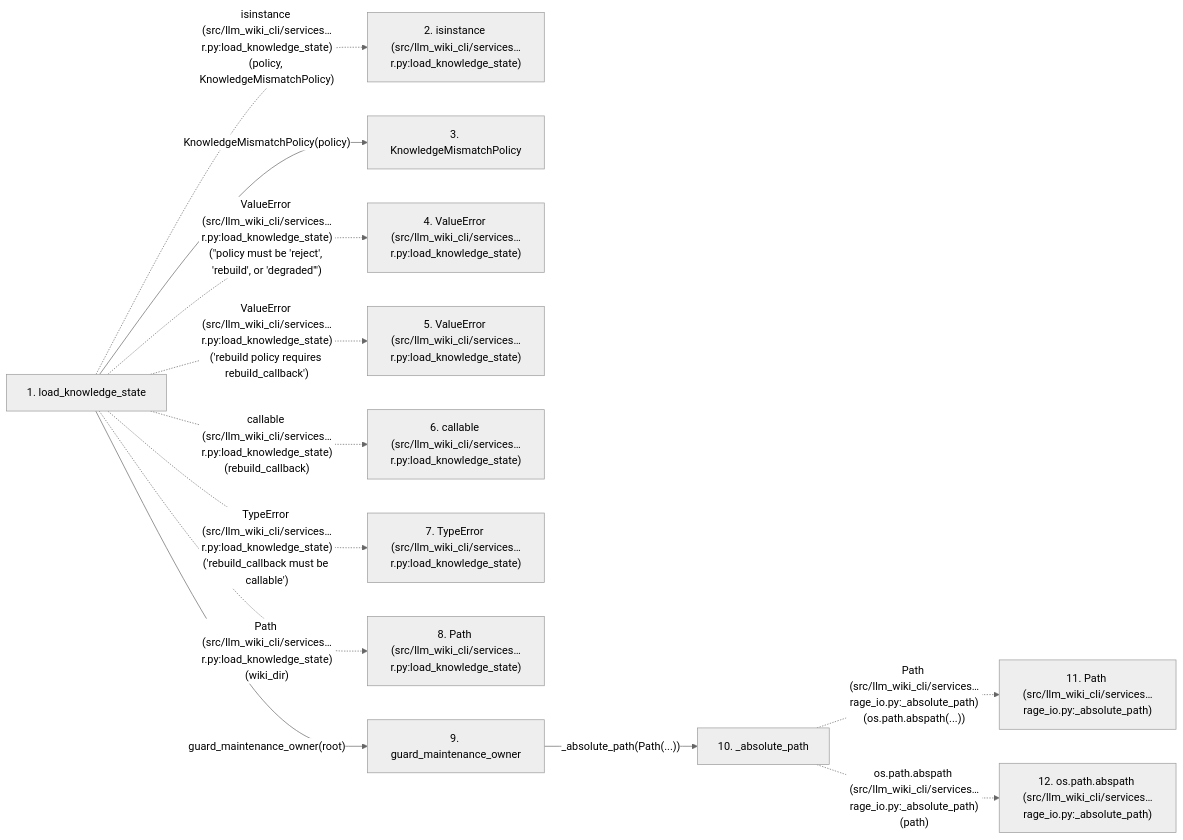
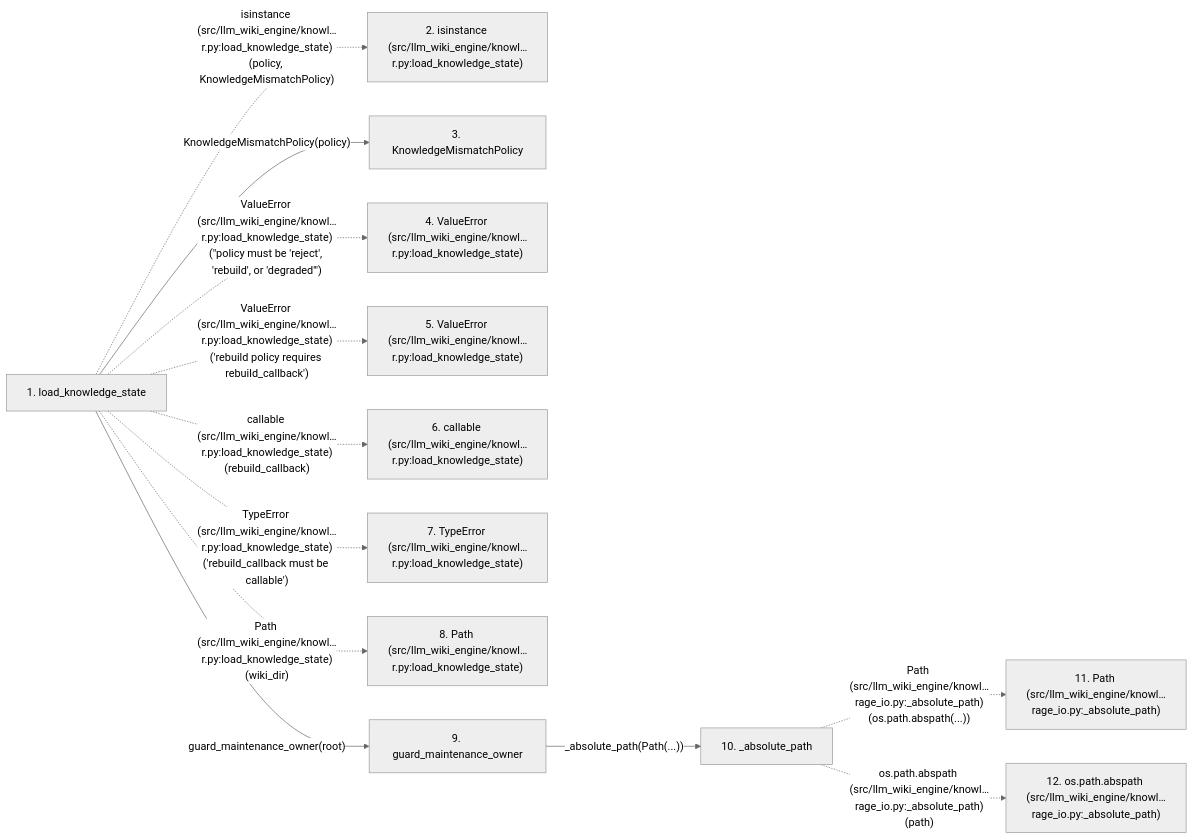
One commit to Denissvgn/python-wiki-llm changed the second of 2 diagrams in docs/llm_wiki/flows/api-load_knowledge_state.md. Above: the diagram before and after it, drawn with Mermaid (neutral theme). The commit also changed other lines of this file and 1058 other files, not shown here.

First line of the commit message:
docs: refresh the wiki for the knowledge store move

````diff
--- a/docs/llm_wiki/flows/api-load_knowledge_state.md
+++ b/docs/llm_wiki/flows/api-load_knowledge_state.md
@@ -167,30 +165,30 @@
 ```mermaid
 flowchart LR
     s1["1. load_knowledge_state"]
-    s2["2. isinstance (src/llm_wiki_cli/services…r.py:load_knowledge_state)"]
+    s2["2. isinstance (src/llm_wiki_engine/knowl…r.py:load_knowledge_state)"]
     s3["3. KnowledgeMismatchPolicy"]
-    s4["4. ValueError (src/llm_wiki_cli/services…r.py:load_knowledge_state)"]
-    s5["5. ValueError (src/llm_wiki_cli/services…r.py:load_knowledge_state)"]
-    s6["6. callable (src/llm_wiki_cli/services…r.py:load_knowledge_state)"]
-    s7["7. TypeError (src/llm_wiki_cli/services…r.py:load_knowledge_state)"]
-    s8["8. Path (src/llm_wiki_cli/services…r.py:load_knowledge_state)"]
+    s4["4. ValueError (src/llm_wiki_engine/knowl…r.py:load_knowledge_state)"]
+    s5["5. ValueError (src/llm_wiki_engine/knowl…r.py:load_knowledge_state)"]
+    s6["6. callable (src/llm_wiki_engine/knowl…r.py:load_knowledge_state)"]
+    s7["7. TypeError (src/llm_wiki_engine/knowl…r.py:load_knowledge_state)"]
+    s8["8. Path (src/llm_wiki_engine/knowl…r.py:load_knowledge_state)"]
     s9["9. guard_maintenance_owner"]
     s10["10. _absolute_path"]
-    s11["11. Path (src/llm_wiki_cli/services…rage_io.py:_absolute_path)"]
-    s12["12. os.path.abspath (src/llm_wiki_cli/services…rage_io.py:_absolute_path)"]
-    s1 -. "isinstance (src/llm_wiki_cli/services…r.py:load_knowledge_state)(policy, KnowledgeMismatchPolicy)" .-> s2
+    s11["11. Path (src/llm_wiki_engine/knowl…rage_io.py:_absolute_path)"]
+    s12["12. os.path.abspath (src/llm_wiki_engine/knowl…rage_io.py:_absolute_path)"]
+    s1 -. "isinstance (src/llm_wiki_engine/knowl…r.py:load_knowledge_state)(policy, KnowledgeMismatchPolicy)" .-> s2
     s1 -->|"KnowledgeMismatchPolicy(policy)"| s3
-    s1 -. "ValueError (src/llm_wiki_cli/services…r.py:load_knowledge_state)(#34;policy must be 'reject', 'rebuild', or 'degraded'#34;)" .-> s4
-    s1 -. "ValueError (src/llm_wiki_cli/services…r.py:load_knowledge_state)('rebuild policy requires rebuild_callback')" .-> s5
-    s1 -. "callable (src/llm_wiki_cli/services…r.py:load_knowledge_state)(rebuild_callback)" .-> s6
-    s1 -. "TypeError (src/llm_wiki_cli/services…r.py:load_knowledge_state)('rebuild_callback must be callable')" .-> s7
-    s1 -. "Path (src/llm_wiki_cli/services…r.py:load_knowledge_state)(wiki_dir)" .-> s8
+    s1 -. "ValueError (src/llm_wiki_engine/knowl…r.py:load_knowledge_state)(#34;policy must be 'reject', 'rebuild', or 'degraded'#34;)" .-> s4
+    s1 -. "ValueError (src/llm_wiki_engine/knowl…r.py:load_knowledge_state)('rebuild policy requires rebuild_callback')" .-> s5
+    s1 -. "callable (src/llm_wiki_engine/knowl…r.py:load_knowledge_state)(rebuild_callback)" .-> s6
+    s1 -. "TypeError (src/llm_wiki_engine/knowl…r.py:load_knowledge_state)('rebuild_callback must be callable')" .-> s7
+    s1 -. "Path (src/llm_wiki_engine/knowl…r.py:load_knowledge_state)(wiki_dir)" .-> s8
     s1 -->|"guard_maintenance_owner(root)"| s9
     s9 -->|"_absolute_path(Path(...))"| s10
-    s10 -. "Path (src/llm_wiki_cli/services…rage_io.py:_absolute_path)(os.path.abspath(...))" .-> s11
-    s10 -. "os.path.abspath (src/llm_wiki_cli/services…rage_io.py:_absolute_path)(path)" .-> s12
+    s10 -. "Path (src/llm_wiki_engine/knowl…rage_io.py:_absolute_path)(os.path.abspath(...))" .-> s11
+    s10 -. "os.path.abspath (src/llm_wiki_engine/knowl…rage_io.py:_absolute_path)(path)" .-> s12
     click s1 "../modules/knowledge_loader.md"
     click s3 "../modules/knowledge_loader.md"
     click s9 "../modules/maintenance_protocol.md"
     click s10 "../modules/knowledge_storage_io.md"
 ```
````
